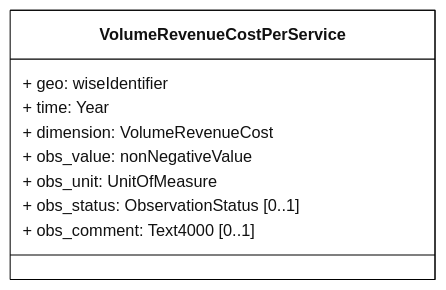
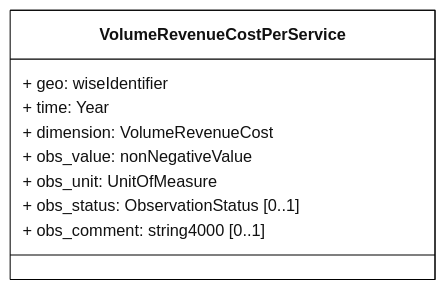
Before and after one commit to eeadata/WISE.WFD.Documentation: the diagram in docs/DataModelReview/mmd/EconomicAnalysis_Volume.mmd, drawn with Mermaid. The commit also changed 6 other files, not shown here.

Commit message:
Review mermaid diagrams Economic Analysis

```diff
--- a/docs/DataModelReview/mmd/EconomicAnalysis_Volume.mmd
+++ b/docs/DataModelReview/mmd/EconomicAnalysis_Volume.mmd
@@ -1,22 +1,22 @@
 ---
 config:
   class:
     hideEmptyMembersBox: true
   layout: dagre
   theme: neutral
 ---
 classDiagram
     direction TB
 
     class VolumeRevenueCostPerService {
         + geo: wiseIdentifier 
         + time: Year 
         + dimension: VolumeRevenueCost 
         + obs_value: nonNegativeValue
         + obs_unit: UnitOfMeasure 
         + obs_status: ObservationStatus [0..1]
-        + obs_comment: Text4000 [0..1]
+        + obs_comment: string4000 [0..1]
     }
 
 classDef default fill:white,stroke:#000;
 classDef forFixing fill:white,stroke:#f00;
```
